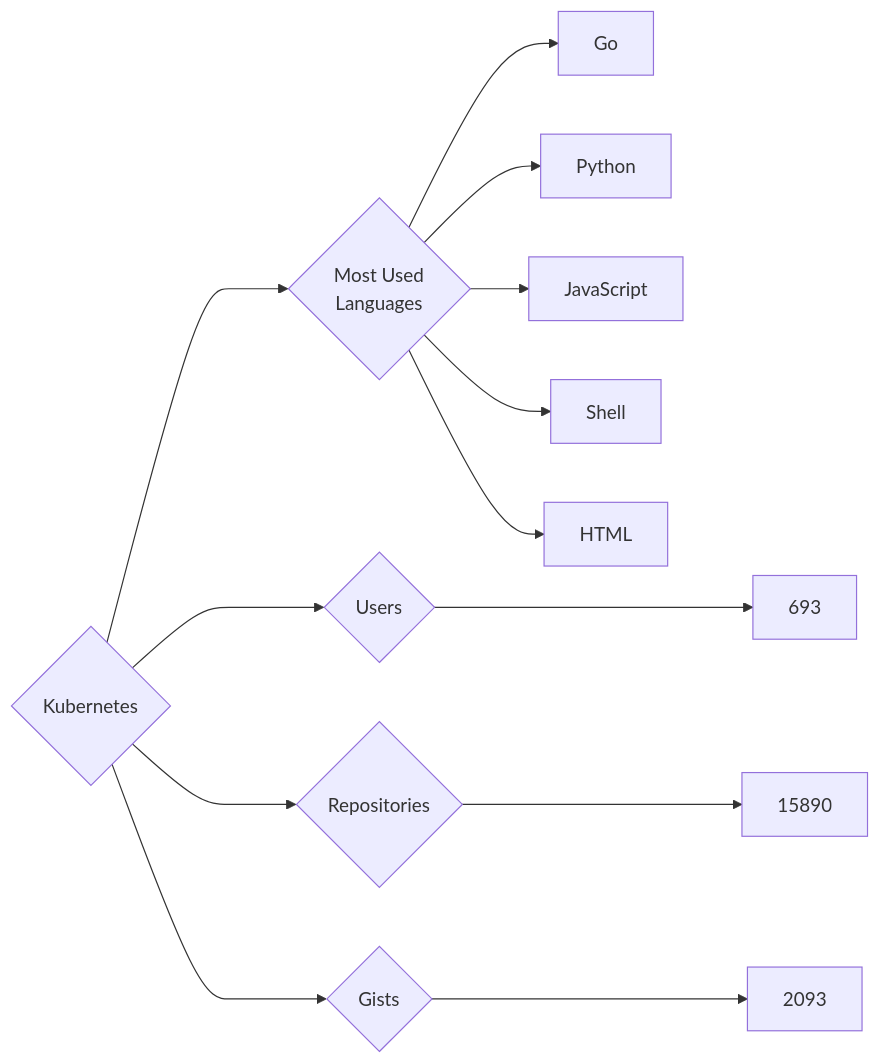
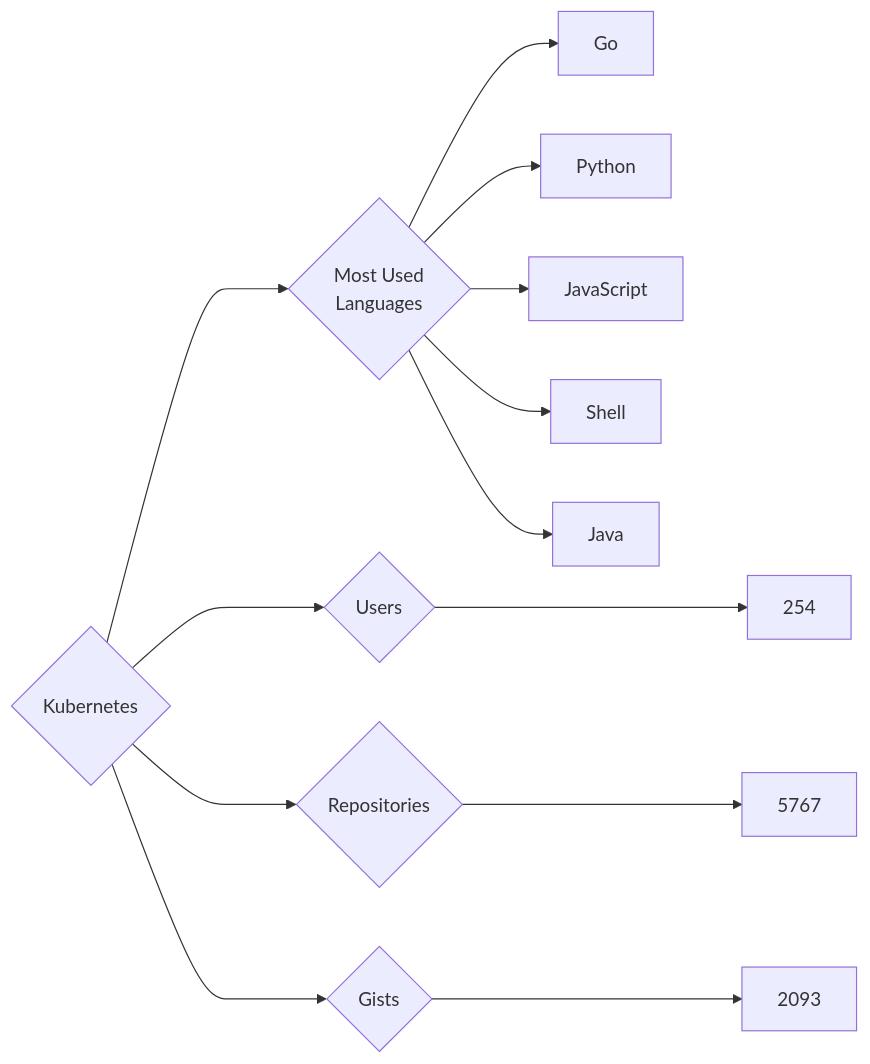
One commit to trickest/insiders changed the diagram in targets/Kubernetes/README.md. Above: the diagram before and after it, drawn with Mermaid. The commit also changed 745 other files, not shown here.

````diff
--- a/targets/Kubernetes/README.md
+++ b/targets/Kubernetes/README.md
@@ -3,13 +3,13 @@
 ```mermaid
 graph LR
 COMPANY_NAME{Kubernetes}
-COMPANY_NAME ---> U{Users} ---> UN[693]
-COMPANY_NAME ---> R{Repositories} ---> RN[15890]
+COMPANY_NAME ---> U{Users} ---> UN[254]
+COMPANY_NAME ---> R{Repositories} ---> RN[5767]
 COMPANY_NAME ---> G{Gists} ---> GN[2093]
 COMPANY_NAME ---> ML{Most Used<br>Languages}
 ML --> Go[Go]
 ML --> Python[Python]
 ML --> JavaScript[JavaScript]
 ML --> Shell[Shell]
-ML --> HTML[HTML]
+ML --> Java[Java]
 ```
````
